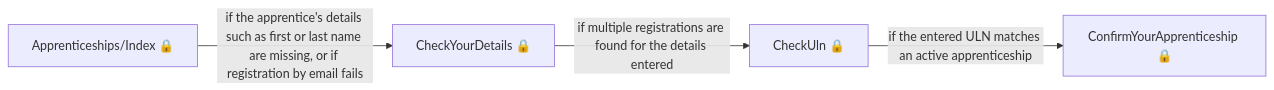
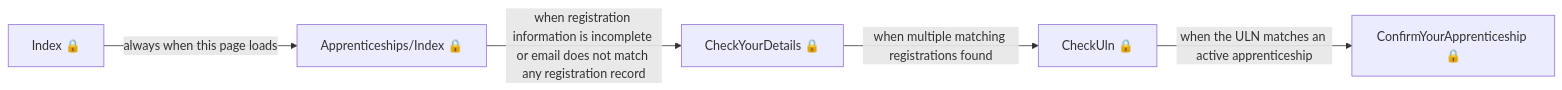
One commit to talentconsulting/atlas-dfe changed the fifth of 7 diagrams in das-apprentice-commitments-web/user-journeys/user-journeys.md. Above: the diagram before and after it, drawn with Mermaid. The commit also changed other lines of this file and 36 other files, not shown here.

````diff
--- a/das-apprentice-commitments-web/user-journeys/user-journeys.md
+++ b/das-apprentice-commitments-web/user-journeys/user-journeys.md
@@ -61,6 +53,7 @@
 ```mermaid
 flowchart LR
-  p0["Apprenticeships/Index 🔒"] -->|"if the apprentice's details such as first or last name are missing, or if registration by email fails"| p1["CheckYourDetails 🔒"]
-  p1["CheckYourDetails 🔒"] -->|"if multiple registrations are found for the details entered"| p2["CheckUln 🔒"]
-  p2["CheckUln 🔒"] -->|"if the entered ULN matches an active apprenticeship"| p3["ConfirmYourApprenticeship 🔒"]
+  p0["Index 🔒"] -->|"always when this page loads"| p1["Apprenticeships/Index 🔒"]
+  p1["Apprenticeships/Index 🔒"] -->|"when registration information is incomplete or email does not match any registration record"| p2["CheckYourDetails 🔒"]
+  p2["CheckYourDetails 🔒"] -->|"when multiple matching registrations found"| p3["CheckUln 🔒"]
+  p3["CheckUln 🔒"] -->|"when the ULN matches an active apprenticeship"| p4["ConfirmYourApprenticeship 🔒"]
 ```
````
